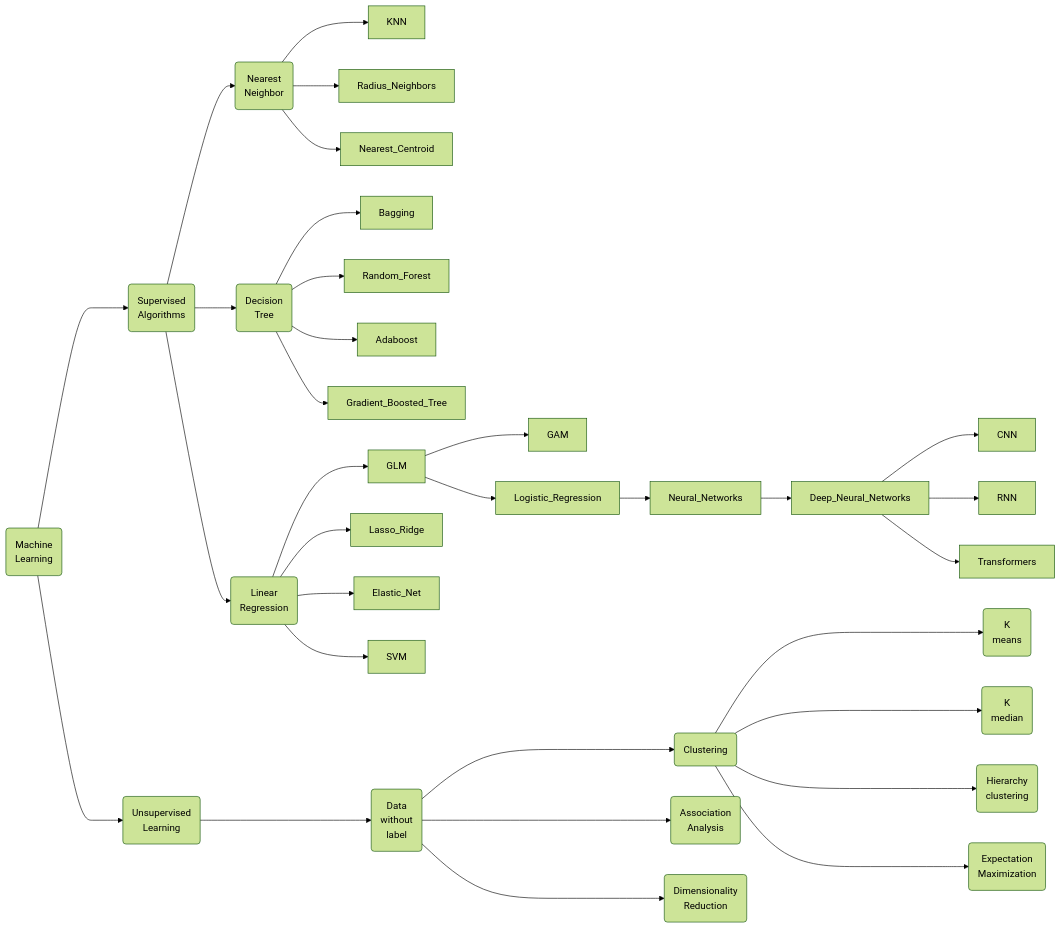
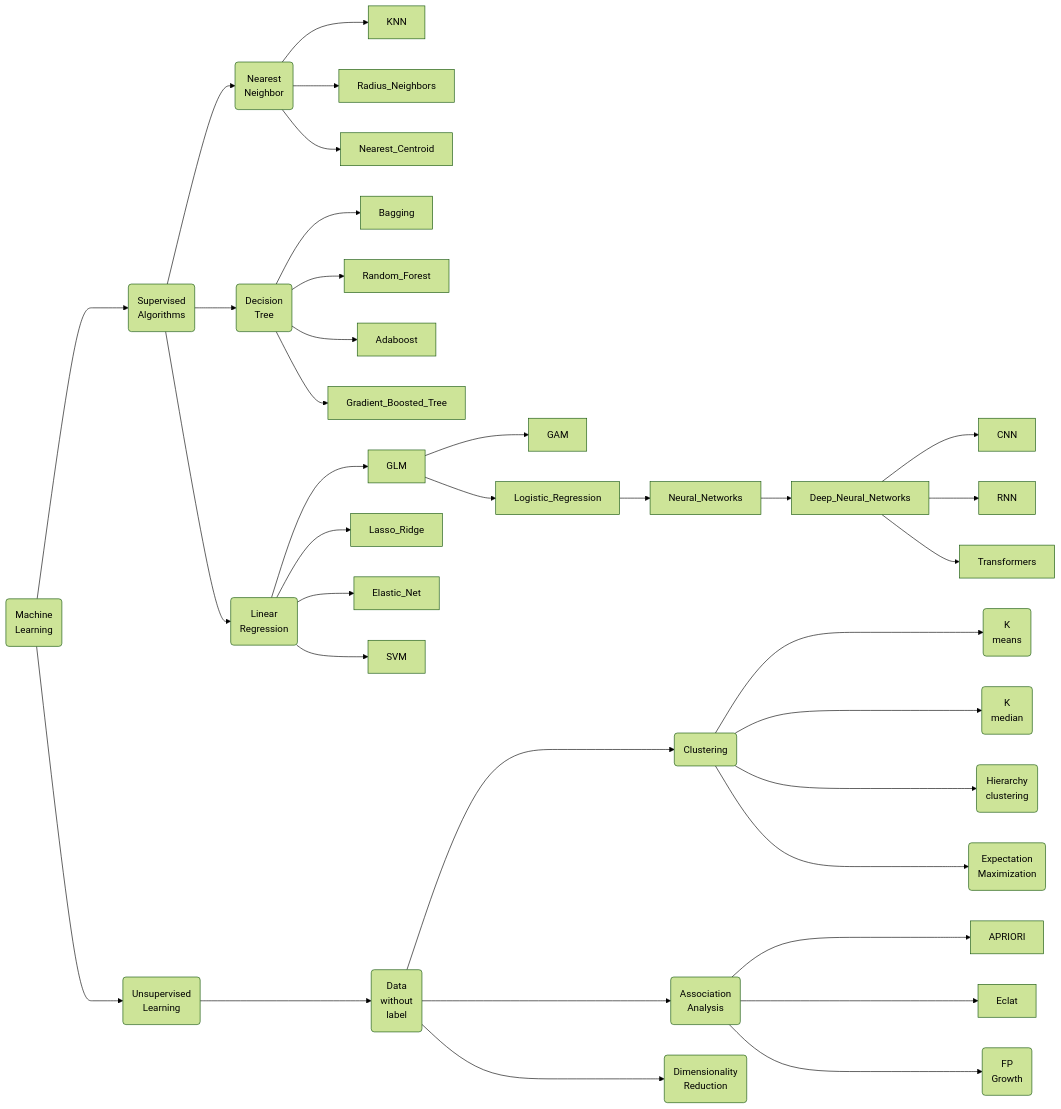
One commit to hwetsman/Public_Notes changed the diagram in ML_Tree.md. Above: the diagram before and after it, drawn with Mermaid (forest theme).

Commit message:
Refactor: add links in Association

`````diff
--- a/ML_Tree.md
+++ b/ML_Tree.md
@@ -1,53 +1,59 @@
 ````mermaid
 flowchart LR
   Machine_Learning(Machine<br>Learning)
   Supervised(Supervised<br>Algorithms)
     Supervised-->Nearest(Nearest<br>Neighbor)
       Machine_Learning--->Supervised
     Nearest --> KNN
     Nearest --> Radius_Neighbors
     Nearest --> Nearest_Centroid
     Supervised --> Decision(Decision<br>Tree)
     Decision --> Bagging
     Decision --> Random_Forest
     Decision --> Adaboost
     Decision --> Gradient_Boosted_Tree
     Supervised --> Linear(Linear<br>Regression)
     Linear --> GLM
     GLM --> GAM
     GLM --> Logistic_Regression
     Logistic_Regression --> Neural_Networks
     Neural_Networks --> Deep_Neural_Networks
     Deep_Neural_Networks --> CNN
     Deep_Neural_Networks --> RNN
     Deep_Neural_Networks --> Transformers
     Linear --> Lasso_Ridge
     Linear --> Elastic_Net
     Linear --> SVM
 
     Unsupervised(Unsupervised<br>Learning)
       Machine_Learning--->Unsupervised
         Data(Data<br>without<br>label)
         Unsupervised--->Data
 
         clustering(Clustering)
           Data--->clustering
           K_mean(K<br>means)
             clustering--->K_mean
           K_med(K<br>median)
             clustering--->K_med
           hierarchy(Hierarchy<br>clustering)
             clustering--->hierarchy
           Expectation(Expectation<br>Maximization)
             clustering--->Expectation
 
         Association(Association<br>Analysis)
           Data--->Association
+          APRIORI
+            Association--->APRIORI
+          Eclat
+            Association--->Eclat
+          FP(FP<br>Growth)
+            Association--->FP
 
         Dimension(Dimensionality<br>Reduction)
           Data--->Dimension
       
 
 
 
 ````
`````
